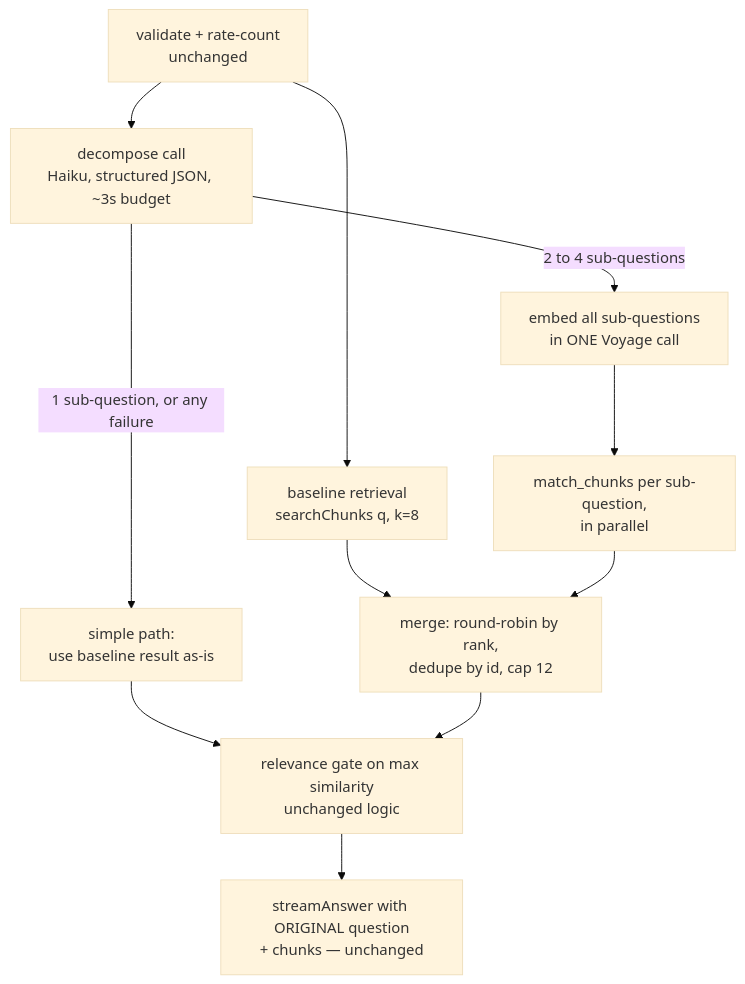
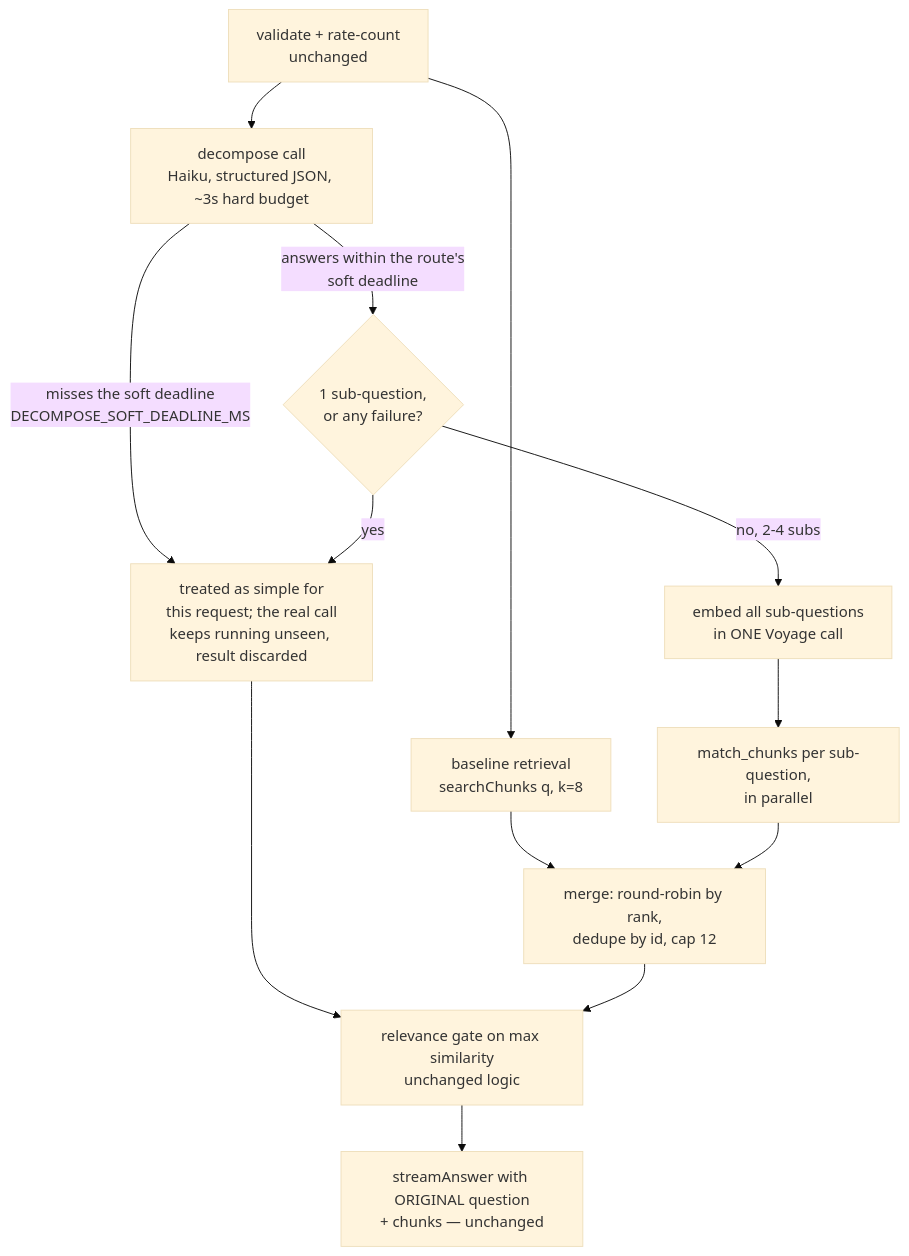
One commit to markusluisflores/the-fourth-official changed the diagram in docs/superpowers/specs/2026-07-15-query-decomposition-design.md. Above: the diagram before and after it, drawn with Mermaid (base theme). The commit also changed other lines of this file, not shown here.

First line of the commit message:
docs: bound simple-question latency with a soft-deadline race (#49)

````diff
--- a/docs/superpowers/specs/2026-07-15-query-decomposition-design.md
+++ b/docs/superpowers/specs/2026-07-15-query-decomposition-design.md
@@ -49,13 +58,15 @@
 ```mermaid
 flowchart TD
     A[validate + rate-count<br/>unchanged] --> B[baseline retrieval<br/>searchChunks q, k=8]
-    A --> C[decompose call<br/>Haiku, structured JSON, ~3s budget]
-    C -->|1 sub-question, or any failure| D[simple path:<br/>use baseline result as-is]
-    C -->|2 to 4 sub-questions| E[embed all sub-questions<br/>in ONE Voyage call]
+    A --> C[decompose call<br/>Haiku, structured JSON, ~3s hard budget]
+    C -->|answers within the route's<br/>soft deadline| D{1 sub-question,<br/>or any failure?}
+    C -->|misses the soft deadline<br/>DECOMPOSE_SOFT_DEADLINE_MS| S[treated as simple for<br/>this request; the real call<br/>keeps running unseen, result discarded]
+    D -->|yes| S
+    D -->|no, 2-4 subs| E[embed all sub-questions<br/>in ONE Voyage call]
     E --> F[match_chunks per sub-question,<br/>in parallel]
     B --> G[merge: round-robin by rank,<br/>dedupe by id, cap 12]
     F --> G
-    D --> H[relevance gate on max similarity<br/>unchanged logic]
+    S --> H[relevance gate on max similarity<br/>unchanged logic]
     G --> H
     H --> I[streamAnswer with ORIGINAL question<br/>+ chunks — unchanged]
 ```
````
